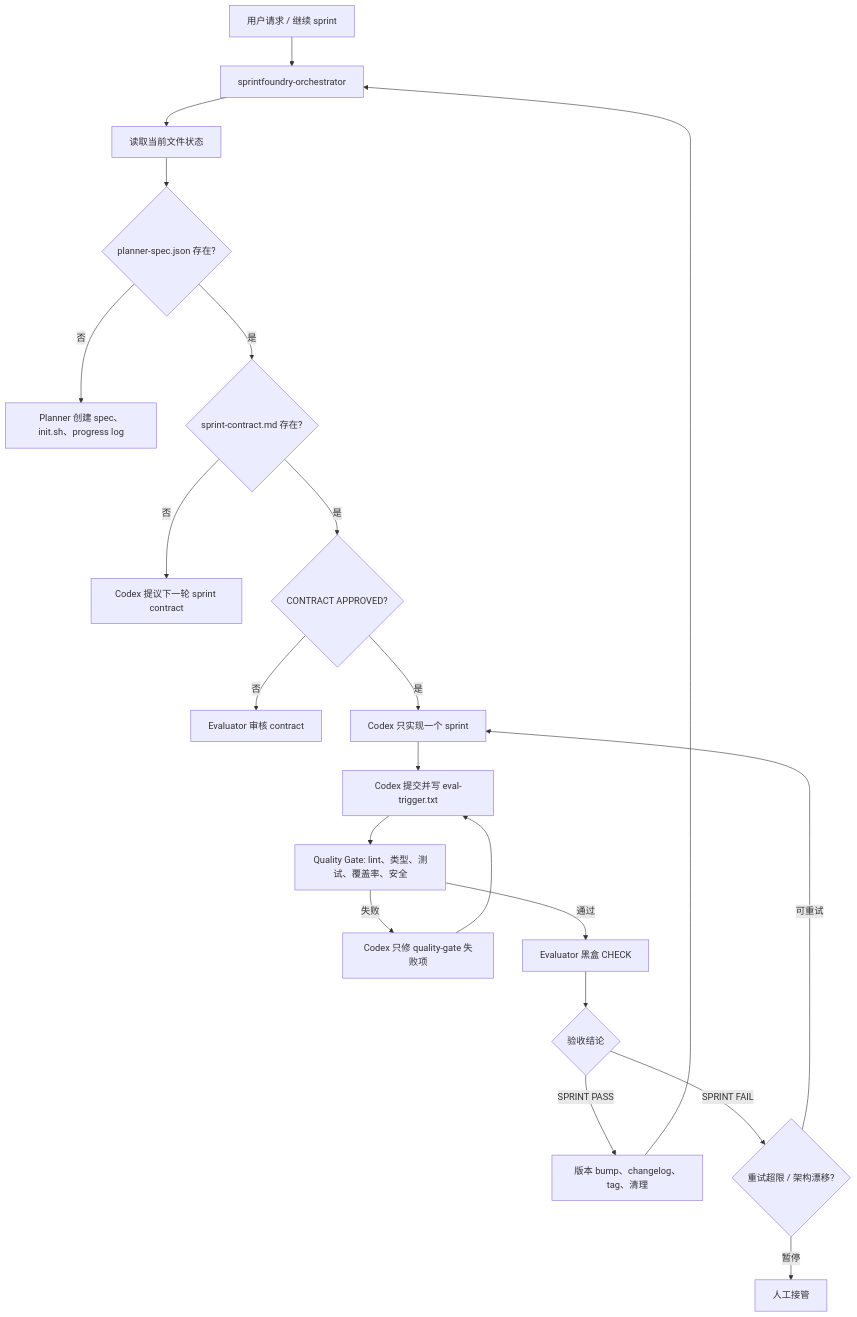
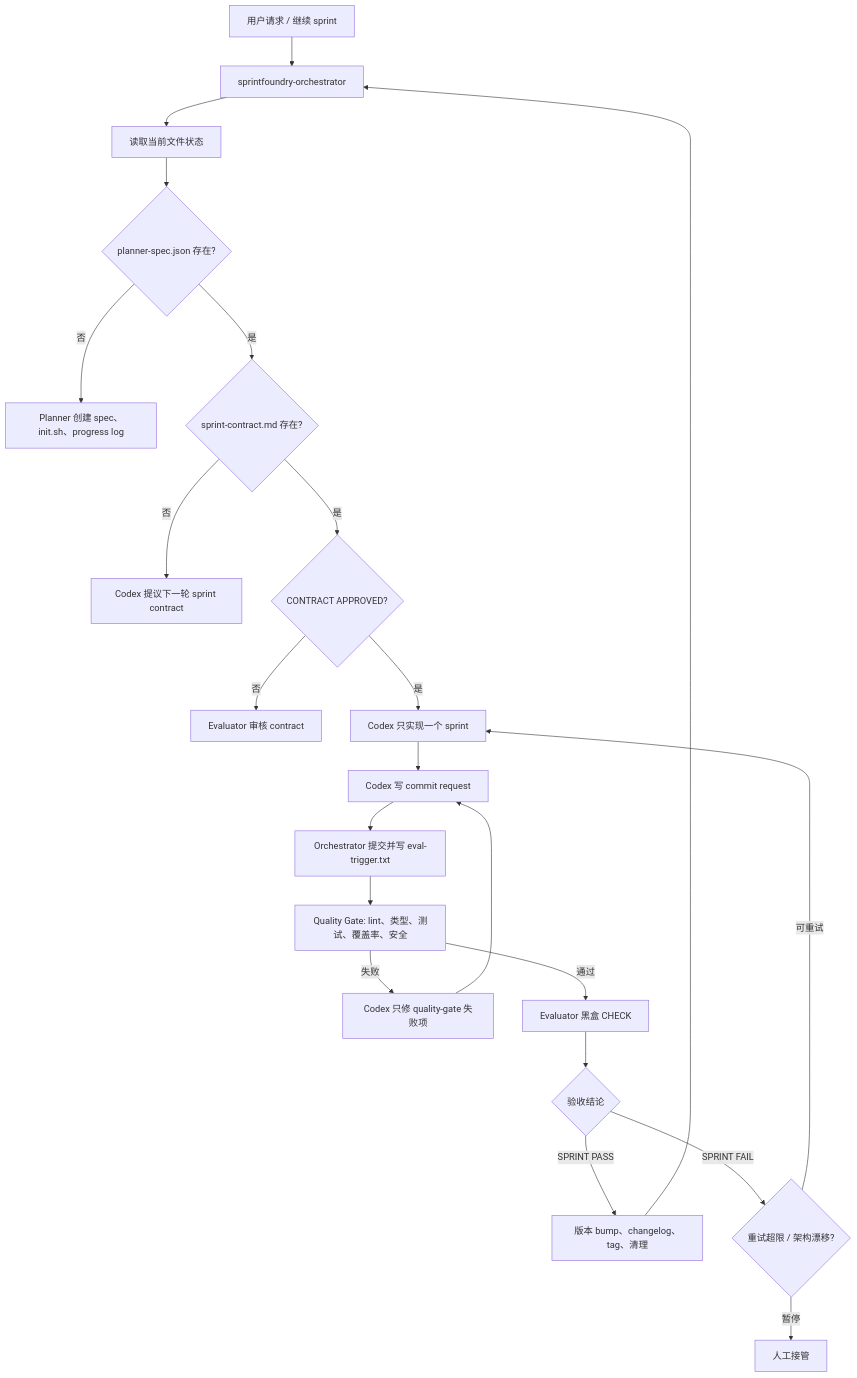
Before and after one commit to YuSec2021/sprintfoundry: the diagram in README.zh-CN.md, drawn with Mermaid. The commit also changed other lines of this file and 15 other files, not shown here.

````diff
--- a/README.zh-CN.md
+++ b/README.zh-CN.md
@@ -78,23 +79,24 @@
 ```mermaid
 flowchart TD
     A["用户请求 / 继续 sprint"] --> O["sprintfoundry-orchestrator"]
     O --> S["读取当前文件状态"]
     S --> P{"planner-spec.json 存在?"}
     P -- 否 --> PL["Planner 创建 spec、init.sh、progress log"]
     P -- 是 --> C{"sprint-contract.md 存在?"}
     C -- 否 --> NC["Codex 提议下一轮 sprint contract"]
     C -- 是 --> A1{"CONTRACT APPROVED?"}
     A1 -- 否 --> CR["Evaluator 审核 contract"]
     A1 -- 是 --> G["Codex 只实现一个 sprint"]
-    G --> T["Codex 提交并写 eval-trigger.txt"]
+    G --> RQ["Codex 写 commit request"]
+    RQ --> T["Orchestrator 提交并写 eval-trigger.txt"]
     T --> Q["Quality Gate: lint、类型、测试、覆盖率、安全"]
     Q -- 失败 --> QF["Codex 只修 quality-gate 失败项"]
-    QF --> T
+    QF --> RQ
     Q -- 通过 --> E["Evaluator 黑盒 CHECK"]
     E --> R{"验收结论"}
     R -- "SPRINT PASS" --> V["版本 bump、changelog、tag、清理"]
     R -- "SPRINT FAIL" --> F{"重试超限 / 架构漂移?"}
     F -- 可重试 --> G
     F -- 暂停 --> H["人工接管"]
     V --> O
 ```
````
